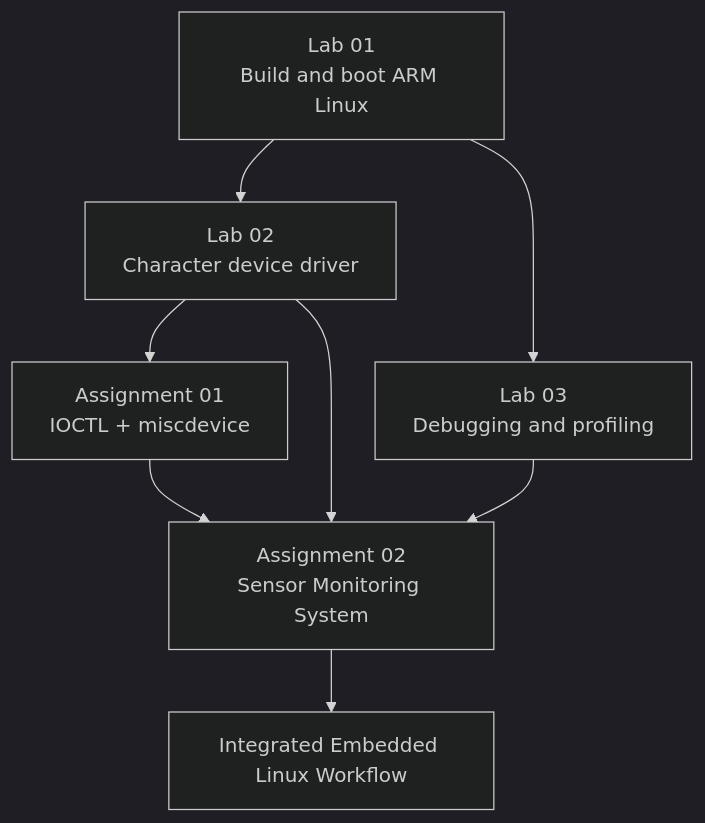
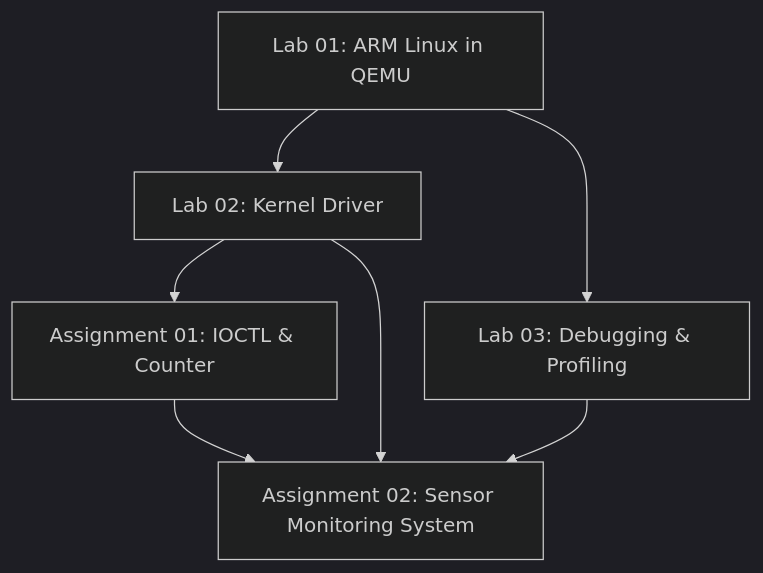
Before and after one commit to Longlmao123/LOS201: the diagram in README.md, drawn with Mermaid (dark theme). The commit also changed other lines of this file, not shown here.

````diff
--- a/README.md
+++ b/README.md
@@ -58,12 +41,9 @@
 ```mermaid
 flowchart TD
-    L1["Lab 01<br/>Build and boot ARM Linux"] --> L2["Lab 02<br/>Character device driver"]
-    L1 --> L3["Lab 03<br/>Debugging and profiling"]
-
-    L2 --> A1["Assignment 01<br/>IOCTL + miscdevice"]
-    L2 --> A2["Assignment 02<br/>Sensor Monitoring System"]
+    L1["Lab 01: ARM Linux in QEMU"] --> L2["Lab 02: Kernel Driver"]
+    L1 --> L3["Lab 03: Debugging & Profiling"]
+    L2 --> A1["Assignment 01: IOCTL & Counter"]
+    L2 --> A2["Assignment 02: Sensor Monitoring System"]
     L3 --> A2
     A1 --> A2
-
-    A2 --> F["Integrated Embedded Linux Workflow"]
 ```
````
